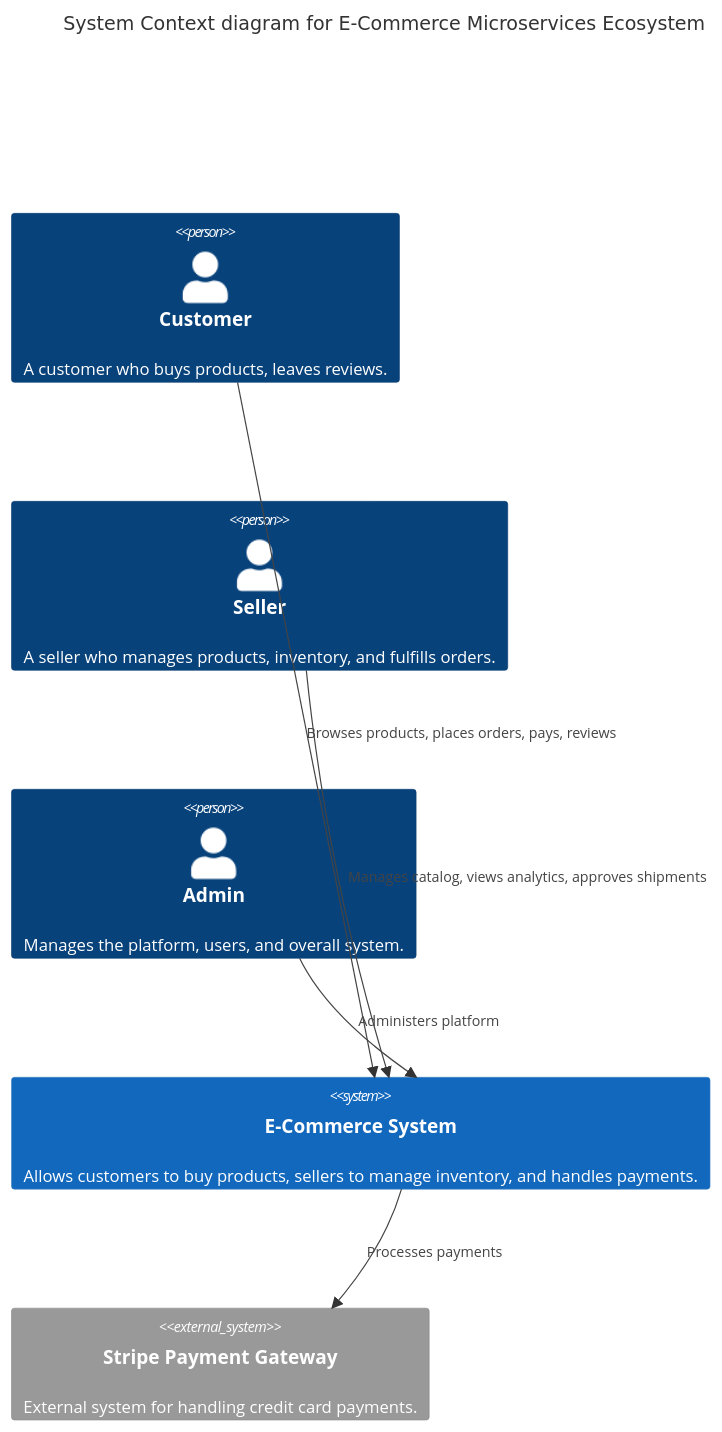
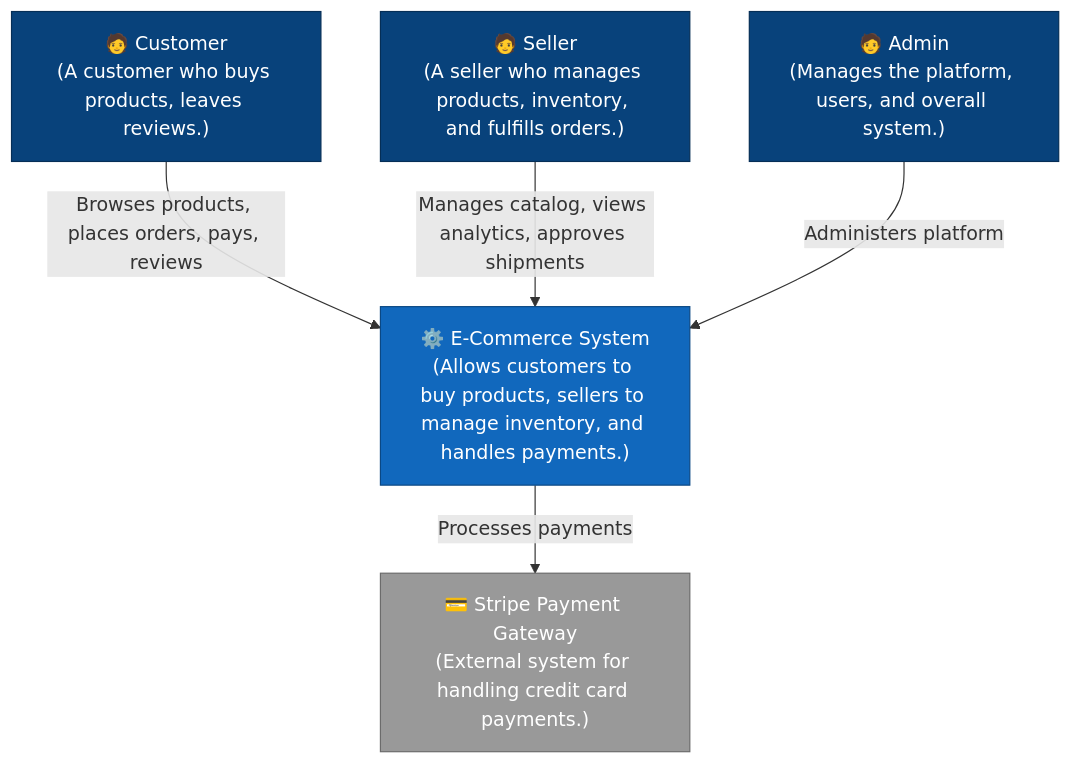
The first of 5 diagrams in docs/architecture.md (DeleonEDU/e-commerce-microservices-ecosystem), drawn with Mermaid before and after one commit. The commit also changed other lines of this file and 74 other files, not shown here.

First line of the commit message:
feat: introduce foundational architecture and development rules for microservices

````diff
--- a/docs/architecture.md
+++ b/docs/architecture.md
@@ -12,17 +12,23 @@
 ```mermaid
-C4Context
-    title System Context diagram for E-Commerce Microservices Ecosystem
+flowchart TD
+    customer["🧑 Customer<br/>(A customer who buys products, leaves reviews.)"]
+    seller["🧑 Seller<br/>(A seller who manages products, inventory, and fulfills orders.)"]
+    admin["🧑 Admin<br/>(Manages the platform, users, and overall system.)"]
 
-    Person(customer, "Customer", "A customer who buys products, leaves reviews.")
-    Person(seller, "Seller", "A seller who manages products, inventory, and fulfills orders.")
-    Person(admin, "Admin", "Manages the platform, users, and overall system.")
+    ecommerce_system["⚙️ E-Commerce System<br/>(Allows customers to buy products, sellers to manage inventory, and handles payments.)"]
+    
+    stripe["💳 Stripe Payment Gateway<br/>(External system for handling credit card payments.)"]
 
-    System(ecommerce_system, "E-Commerce System", "Allows customers to buy products, sellers to manage inventory, and handles payments.")
+    customer -->|"Browses products, places orders, pays, reviews"| ecommerce_system
+    seller -->|"Manages catalog, views analytics, approves shipments"| ecommerce_system
+    admin -->|"Administers platform"| ecommerce_system
+    ecommerce_system -->|"Processes payments"| stripe
 
-    System_Ext(stripe, "Stripe Payment Gateway", "External system for handling credit card payments.")
+    classDef person fill:#08427b,color:#fff,stroke:#052e56
+    classDef system fill:#1168bd,color:#fff,stroke:#0b4884
+    classDef ext_system fill:#999999,color:#fff,stroke:#6b6b6b
 
-    Rel(customer, ecommerce_system, "Browses products, places orders, pays, reviews")
-    Rel(seller, ecommerce_system, "Manages catalog, views analytics, approves shipments")
-    Rel(admin, ecommerce_system, "Administers platform")
-    Rel(ecommerce_system, stripe, "Processes payments")
+    class customer,seller,admin person
+    class ecommerce_system system
+    class stripe ext_system
 ```
````
